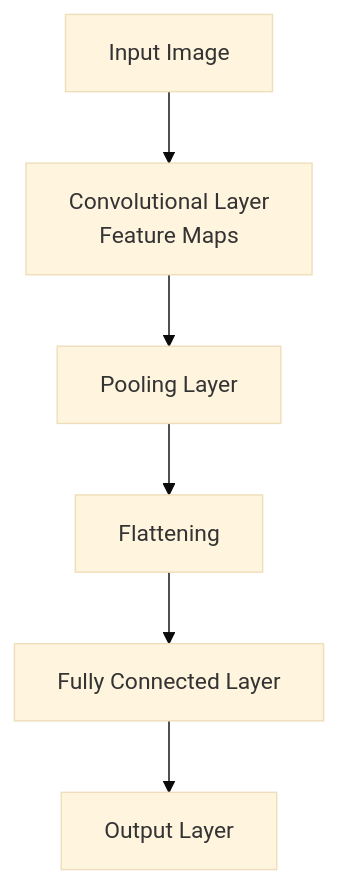
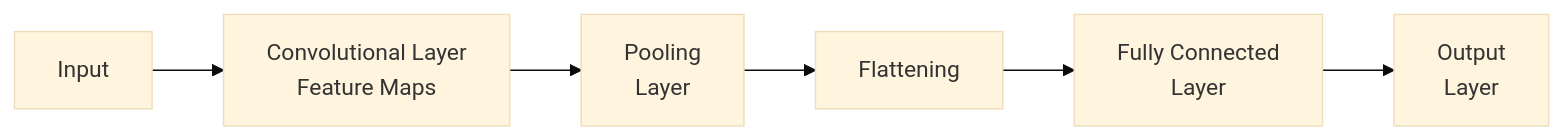
Before and after one commit to glenntfung/glenntfung.github.io: the first of 2 diagrams in _posts/2024-12-20-nn.md, drawn with Mermaid (base theme). The commit also changed other lines of this file and 2 other files, not shown here.

````diff
--- a/_posts/2024-12-20-nn.md
+++ b/_posts/2024-12-20-nn.md
@@ -62,8 +115,8 @@
 ```mermaid
-graph TD
-    Input[Input Image] --> Conv[Convolutional Layer<br>Feature Maps]
-    Conv --> Pooling[Pooling Layer]
+graph LR
+    Input[Input] --> Conv[Convolutional Layer<br>Feature Maps]
+    Conv --> Pooling[Pooling<br>Layer]
     Pooling --> Flatten[Flattening]
-    Flatten --> FC[Fully Connected Layer]
-    FC --> Output[Output Layer]
+    Flatten --> FC[Fully Connected<br>Layer]
+    FC --> Output[Output<br>Layer]
 ```
````
